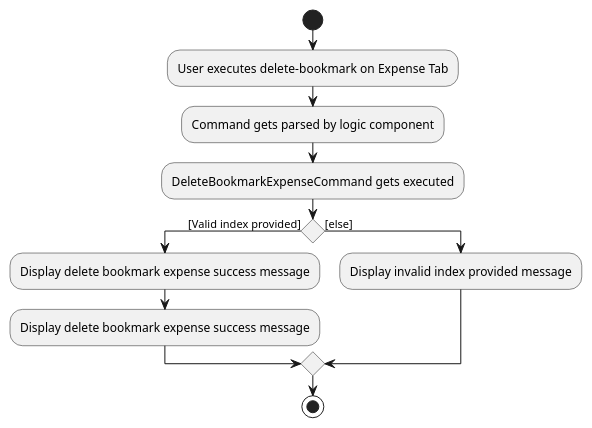
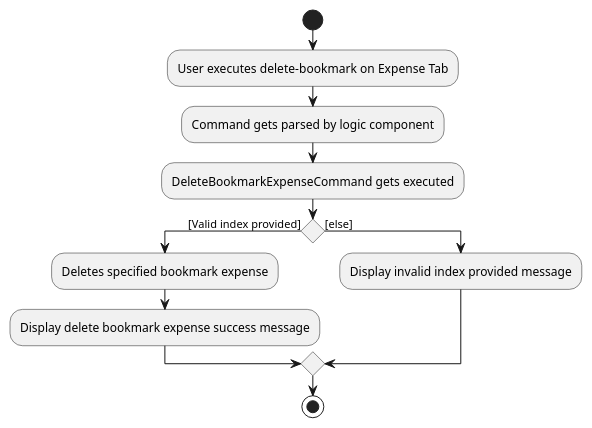
The diagram in docs/diagrams/bookmarkdiagrams/DeleteBookmarkExpenseActivityDiagram.puml (siddarth2824/tp), drawn with PlantUML before and after one commit. The commit also changed 1 other file, not shown here.

Commit message:
Update acitvity diagram

```diff
--- a/docs/diagrams/bookmarkdiagrams/DeleteBookmarkExpenseActivityDiagram.puml
+++ b/docs/diagrams/bookmarkdiagrams/DeleteBookmarkExpenseActivityDiagram.puml
@@ -1,16 +1,16 @@
 @startuml
 start
 :User executes delete-bookmark on Expense Tab;
 :Command gets parsed by logic component;
 :DeleteBookmarkExpenseCommand gets executed;
 
 if () is ([Valid index provided]) then
-:Display delete bookmark expense success message;
+:Deletes specified bookmark expense;
 :Display delete bookmark expense success message;
 
 else ([else])
 :Display invalid index provided message;
 
 endif
 stop
 @enduml
```
